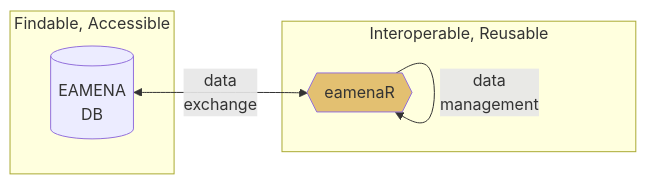
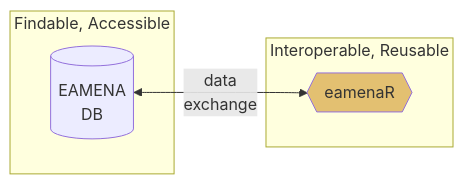
One commit to eamena-project/eamena-arches-dev changed the third of 3 diagrams in temp/test-quarto-mermaids.md. Above: the diagram before and after it, drawn with Mermaid.

````diff
--- a/temp/test-quarto-mermaids.md
+++ b/temp/test-quarto-mermaids.md
@@ -20,11 +20,11 @@
 ```mermaid
 flowchart LR
-    subgraph ide1 [Findable, Accessible]
+    subgraph ide1 [ Findable, Accessible ]
     A[(EAMENA<br>DB)];
     end
     A[(EAMENA<br>DB)] <--data<br>exchange--> B{{"eamenaR"}}:::eamenaRpkg;
-    subgraph ide2 [Interoperable, Reusable]
-    B --data<br>management--> B;
+    subgraph ide2 [ Interoperable, Reusable ]
+    B;
     end
     classDef eamenaRpkg fill:#e3c071;
 ```
````
